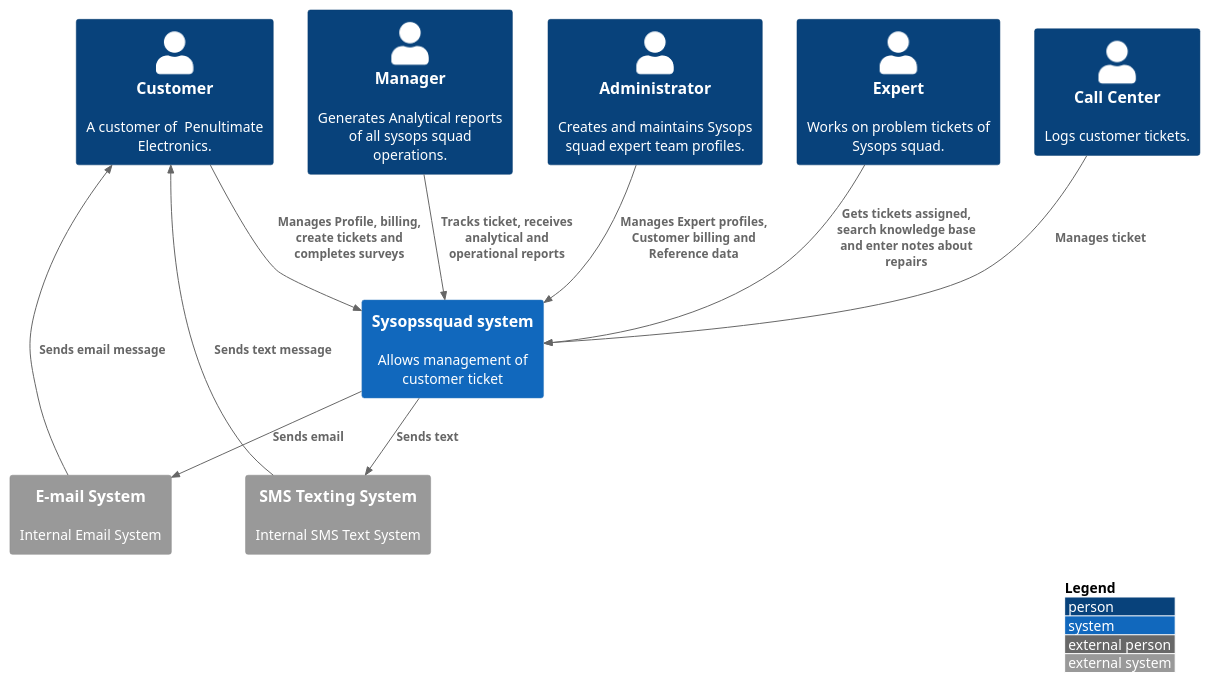
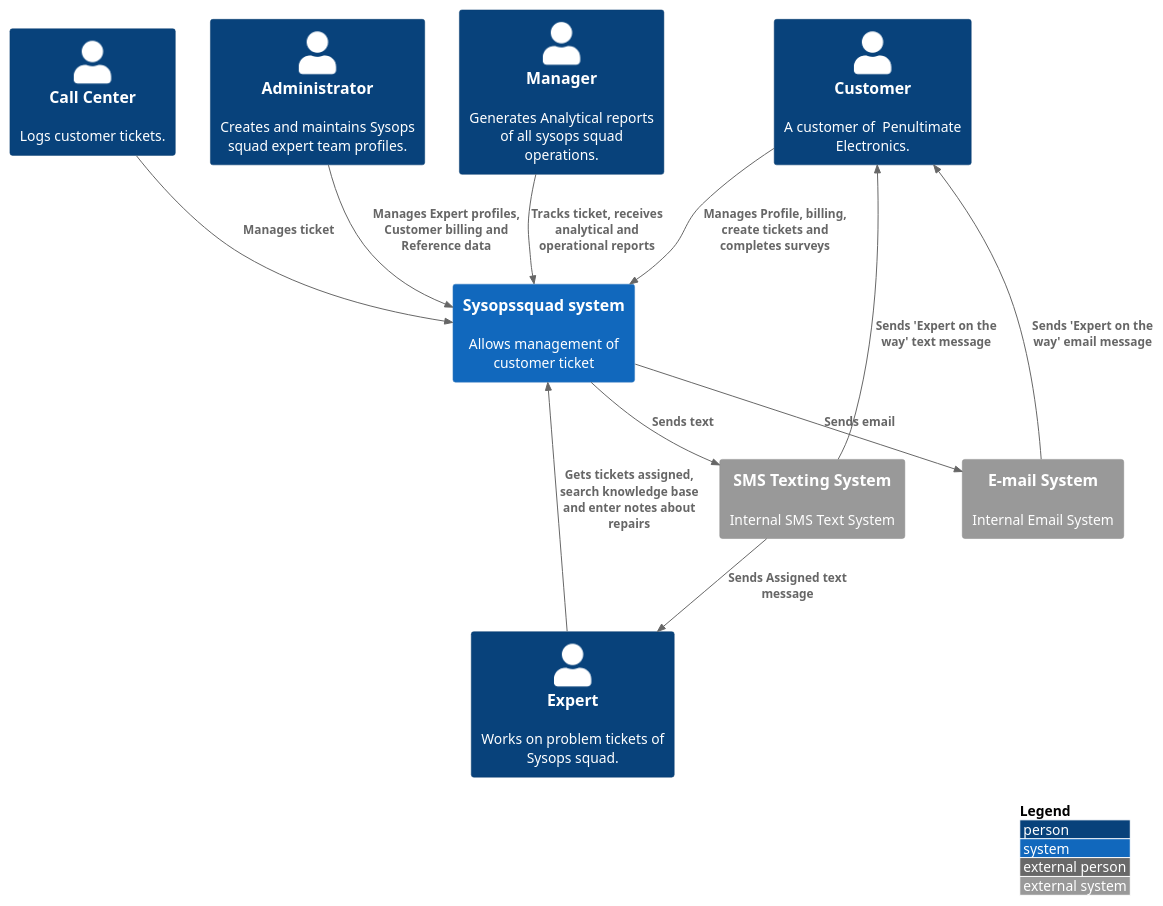
The diagram in src/context.puml (architectonics/sysopssquad), drawn with PlantUML before and after one commit. The commit also changed 12 other files, not shown here.

```diff
--- a/src/context.puml
+++ b/src/context.puml
@@ -1,27 +1,28 @@
 @startuml
 !include https://raw.githubusercontent.com/adrianvlupu/C4-PlantUML/latest/C4_Context.puml
 
 LAYOUT_WITH_LEGEND()
 
 Person(customer, "Customer", "A customer of  Penultimate Electronics.")
 Person(admin, "Administrator", "Creates and maintains Sysops squad expert team profiles.")
 Person(expert, "Expert", "Works on problem tickets of Sysops squad.")
 Person(manager, "Manager", "Generates Analytical reports of all sysops squad operations.")
 Person(agent, "Call Center", "Logs customer tickets.")
 
 System(ss, "Sysopssquad system", "Allows management of customer ticket")
 
 System_Ext(es, "E-mail System", "Internal Email System")
 System_Ext(sms, "SMS Texting System", "Internal SMS Text System")
 
 Rel(customer, ss, "Manages Profile, billing, create tickets and completes surveys")
 Rel(expert, ss, "Gets tickets assigned, search knowledge base and enter notes about repairs")
 Rel(agent, ss, "Manages ticket")
 Rel(manager, ss, "Tracks ticket, receives analytical and operational reports")
 Rel(admin, ss, "Manages Expert profiles, Customer billing and Reference data")
 Rel(ss, es, "Sends email")
 Rel(ss, sms, "Sends text")
-Rel(es, customer, "Sends email message")
-Rel(sms, customer, "Sends text message")
+Rel(es, customer, "Sends 'Expert on the way' email message")
+Rel(sms, customer, "Sends 'Expert on the way' text message")
+Rel(sms, expert, "Sends Assigned text message")
 
 @enduml
```
